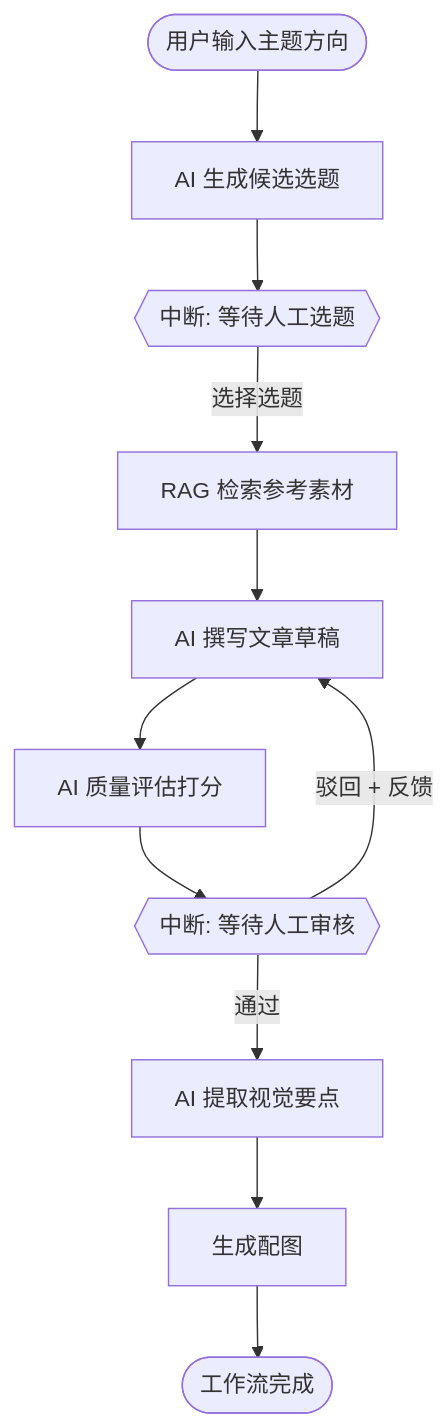
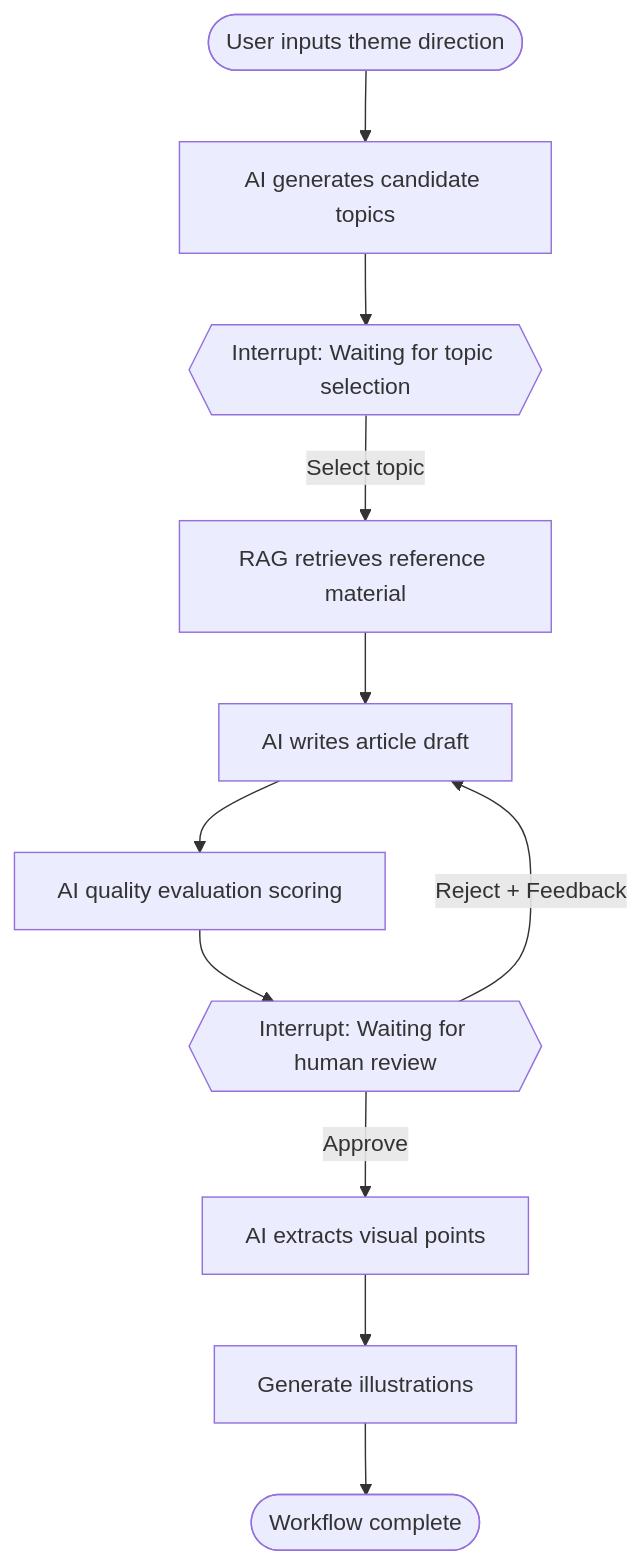
One commit to wuxiangru915/Blink changed the first of 2 diagrams in README.md. Above: the diagram before and after it, drawn with Mermaid. The commit also changed other lines of this file and 2 other files, not shown here.

````diff
--- a/README.md
+++ b/README.md
@@ -77,13 +77,13 @@
 ```mermaid
 flowchart TD
-    Start([用户输入主题方向]) --> PlanTopics[AI 生成候选选题]
-    PlanTopics --> Interrupt1{{中断: 等待人工选题}}
-    Interrupt1 -->|选择选题| Retrieve[RAG 检索参考素材]
-    Retrieve --> WriteDraft[AI 撰写文章草稿]
-    WriteDraft --> Evaluate[AI 质量评估打分]
-    Evaluate --> Interrupt2{{中断: 等待人工审核}}
-    Interrupt2 -->|驳回 + 反馈| WriteDraft
-    Interrupt2 -->|通过| ExtractVisuals[AI 提取视觉要点]
-    ExtractVisuals --> GenerateImages[生成配图]
-    GenerateImages --> Done([工作流完成])
+    Start([User inputs theme direction]) --> PlanTopics[AI generates candidate topics]
+    PlanTopics --> Interrupt1{{Interrupt: Waiting for topic selection}}
+    Interrupt1 -->|Select topic| Retrieve[RAG retrieves reference material]
+    Retrieve --> WriteDraft[AI writes article draft]
+    WriteDraft --> Evaluate[AI quality evaluation scoring]
+    Evaluate --> Interrupt2{{Interrupt: Waiting for human review}}
+    Interrupt2 -->|Reject + Feedback| WriteDraft
+    Interrupt2 -->|Approve| ExtractVisuals[AI extracts visual points]
+    ExtractVisuals --> GenerateImages[Generate illustrations]
+    GenerateImages --> Done([Workflow complete])
 ```
````
